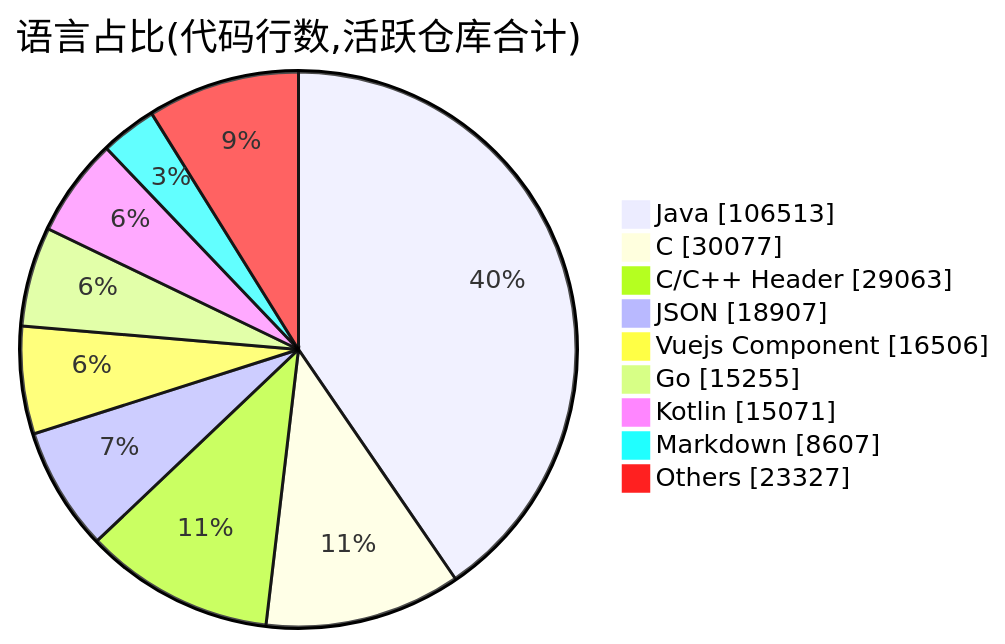
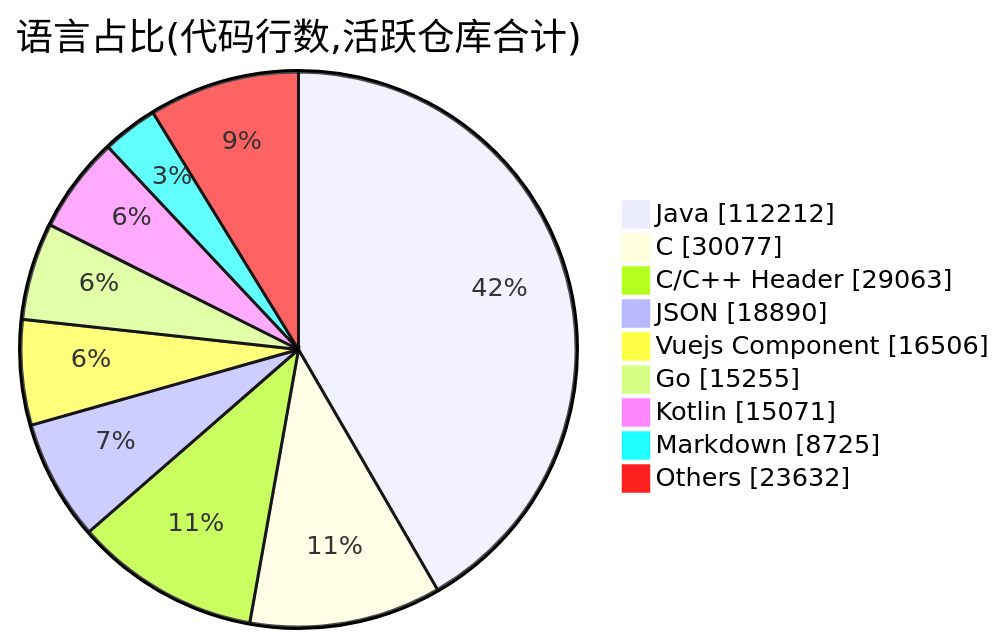
The second of 2 diagrams in profile/README.md (Conflux-Union/.github), drawn with Mermaid before and after one commit. The commit also changed other lines of this file and 1 other file, not shown here.

````diff
--- a/profile/README.md
+++ b/profile/README.md
@@ -77,13 +78,13 @@
 ```mermaid
 pie showData
     title 语言占比(代码行数,活跃仓库合计)
-    "Java" : 106513
+    "Java" : 112212
     "C" : 30077
     "C/C++ Header" : 29063
-    "JSON" : 18907
+    "JSON" : 18890
     "Vuejs Component" : 16506
     "Go" : 15255
     "Kotlin" : 15071
-    "Markdown" : 8607
-    "Others" : 23327
+    "Markdown" : 8725
+    "Others" : 23632
 ```
````
